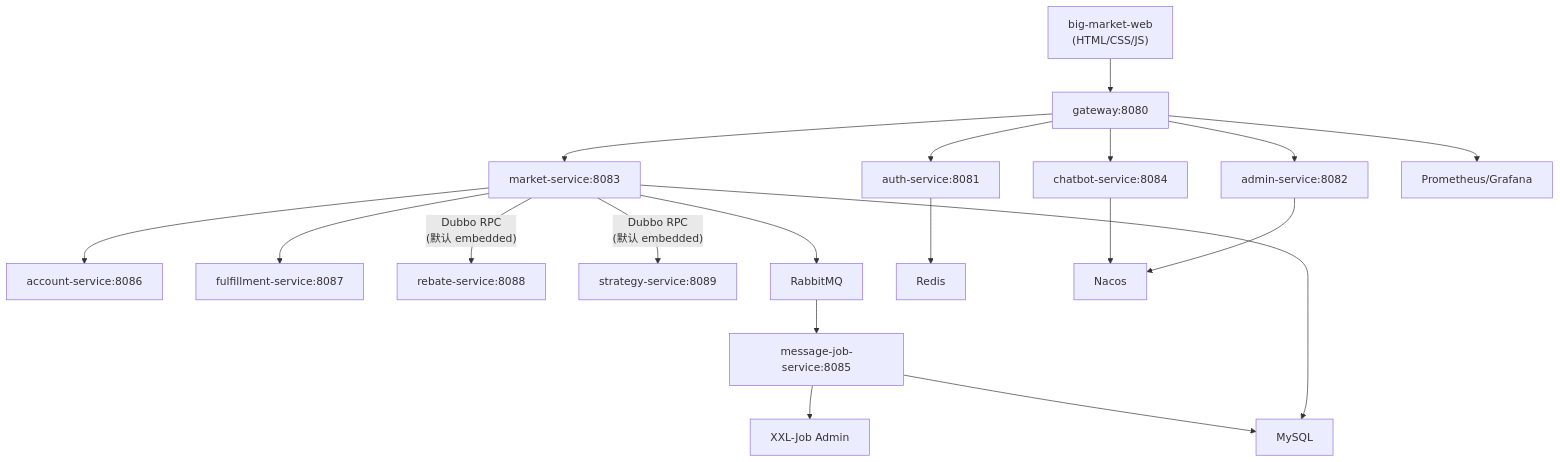
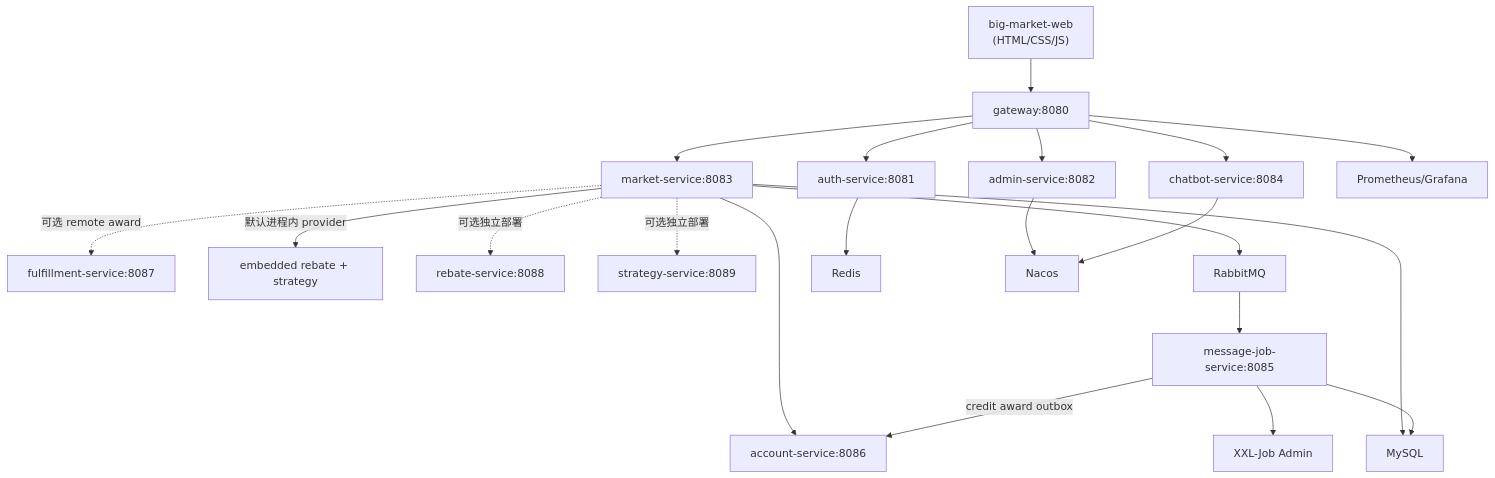
The diagram in docs/learning/03-architecture-overview.md (dyxnb22/big-market-ai-platform), drawn with Mermaid before and after one commit. The commit also changed other lines of this file and 26 other files, not shown here.

````diff
--- a/docs/learning/03-architecture-overview.md
+++ b/docs/learning/03-architecture-overview.md
@@ -24,21 +24,23 @@
 ```mermaid
 flowchart TD
     Web["big-market-web\n(HTML/CSS/JS)"] --> Gateway["gateway:8080"]
     Gateway --> Auth["auth-service:8081"]
     Gateway --> Admin["admin-service:8082"]
     Gateway --> Market["market-service:8083"]
     Gateway --> Chatbot["chatbot-service:8084"]
     Market --> Account["account-service:8086"]
-    Market --> Fulfillment["fulfillment-service:8087"]
-    Market -->|"Dubbo RPC\n(默认 embedded)"| Rebate["rebate-service:8088"]
-    Market -->|"Dubbo RPC\n(默认 embedded)"| Strategy["strategy-service:8089"]
+    Market -.->|"可选 remote award"| Fulfillment["fulfillment-service:8087"]
+    Market -->|"默认进程内 provider"| Embedded["embedded rebate + strategy"]
+    Market -.->|"可选独立部署"| Rebate["rebate-service:8088"]
+    Market -.->|"可选独立部署"| Strategy["strategy-service:8089"]
     Market --> MQ["RabbitMQ"]
     MQ --> MessageJob["message-job-service:8085"]
+    MessageJob -->|"credit award outbox"| Account
     MessageJob --> XXL["XXL-Job Admin"]
     Auth --> Redis["Redis"]
     Market --> MySQL["MySQL"]
     MessageJob --> MySQL
     Admin --> Nacos["Nacos"]
     Chatbot --> Nacos
     Gateway --> Metrics["Prometheus/Grafana"]
 ```
````
